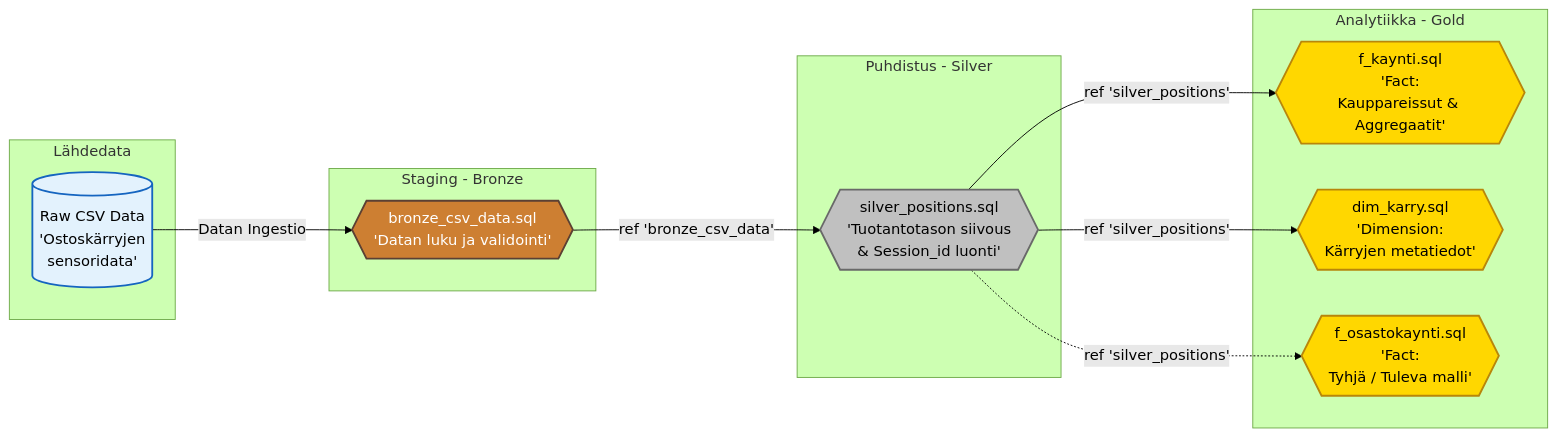
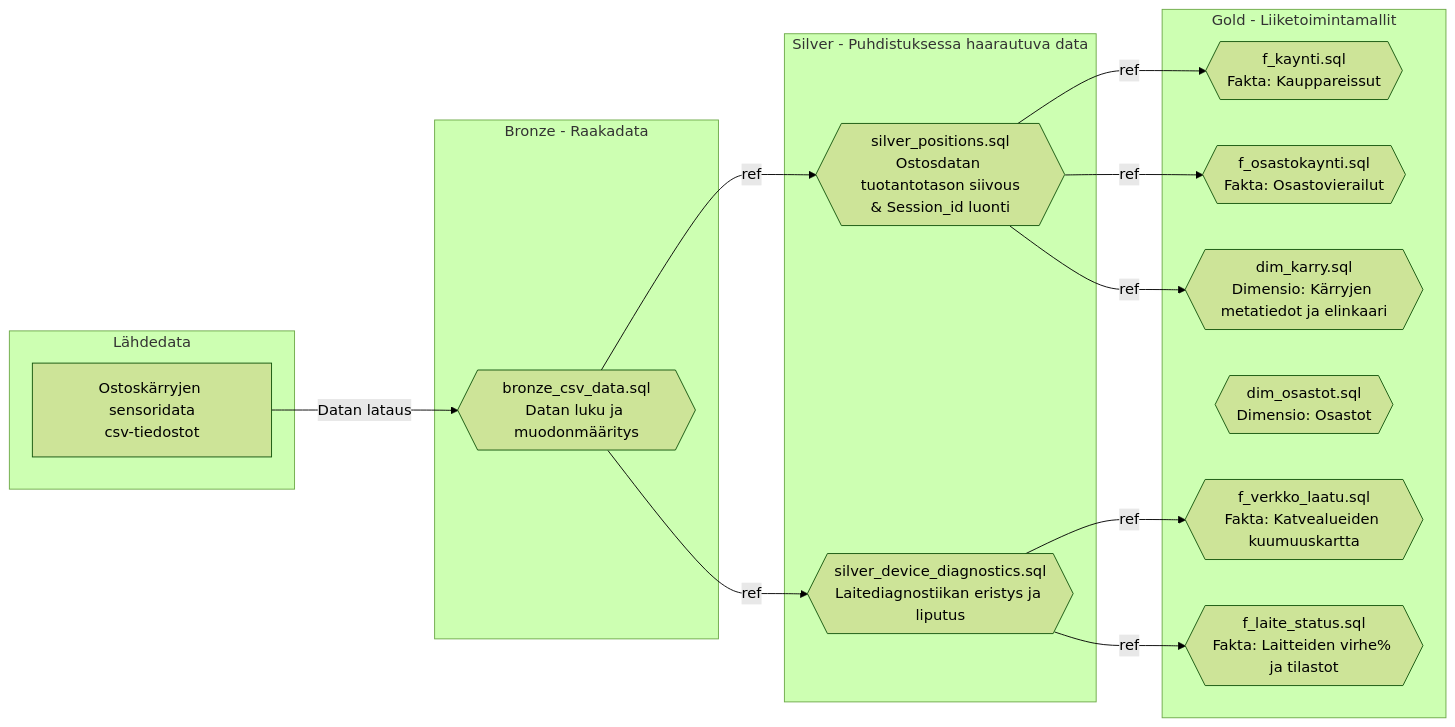
One commit to mitro54/uwb-shopping-cart-analytics-pipeline changed the diagram in docs/dbt_lineage_kaavio.md. Above: the diagram before and after it, drawn with Mermaid (forest theme). The commit also changed other lines of this file and 3 other files, not shown here.

````diff
--- a/docs/dbt_lineage_kaavio.md
+++ b/docs/dbt_lineage_kaavio.md
@@ -5,42 +5,42 @@
 ```mermaid
 graph LR
-    %% Data Sources
-    subgraph Lähdedata
-        CSV[(Raw CSV Data\n'Ostoskärryjen \n sensoridata')]
+
+    %% Lähdedata
+    subgraph Lahteen_tuonti["Lähdedata"]
+        CSV[Ostoskärryjen sensoridata<br>csv-tiedostot]
     end
 
-    %% Bronze Layer
-    subgraph Staging - Bronze
-        bronze_csv_data{{bronze_csv_data.sql\n'Datan luku ja validointi'}}
+    %% Bronze
+    subgraph Bronze["Bronze - Raakadata"]
+        bronze_csv_data{{bronze_csv_data.sql<br>Datan luku ja muodonmääritys}}
     end
 
-    %% Silver Layer
-    subgraph Puhdistus - Silver
-        silver_positions{{silver_positions.sql\n'Tuotantotason siivous \n& Session_id luonti'}}
+    %% Silver
+    subgraph Silver["Silver - Puhdistuksessa haarautuva data"]
+        silver_positions{{silver_positions.sql<br>Ostosdatan tuotantotason siivous<br/>& Session_id luonti}}
+        silver_device_diagnostics{{silver_device_diagnostics.sql<br>Laitediagnostiikan eristys ja liputus}}
     end
 
-    %% Gold Layer
-    subgraph Analytiikka - Gold
-        f_kaynti{{f_kaynti.sql\n'Fact:\nKauppareissut & Aggregaatit'}}
-        dim_karry{{dim_karry.sql\n'Dimension:\nKärryjen metatiedot'}}
-        f_osastokaynti{{f_osastokaynti.sql\n'Fact:\nTyhjä / Tuleva malli'}}
+    %% Gold
+    subgraph Gold["Gold - Liiketoimintamallit"]
+        f_kaynti{{f_kaynti.sql<br>Fakta: Kauppareissut}}
+        f_osastokaynti{{f_osastokaynti.sql<br>Fakta: Osastovierailut}}
+        dim_karry{{dim_karry.sql<br>Dimensio: Kärryjen metatiedot ja elinkaari}}
+        dim_osastot{{dim_osastot.sql<br>Dimensio: Osastot}}
+        f_verkko_laatu{{f_verkko_laatu.sql<br>Fakta: Katvealueiden kuumuuskartta}}
+        f_laite_status{{f_laite_status.sql<br>Fakta: Laitteiden virhe% ja tilastot}}
     end
 
     %% Riippuvuudet (dbt ref)
-    CSV -->|Datan Ingestio| bronze_csv_data
-    bronze_csv_data -->|ref 'bronze_csv_data'| silver_positions
-    silver_positions -->|ref 'silver_positions'| f_kaynti
-    silver_positions -->|ref 'silver_positions'| dim_karry
-    silver_positions -.->|ref 'silver_positions'| f_osastokaynti
-
-    %% Tyylittelyt Medallion -teemalla
-    classDef source fill:#e3f2fd,stroke:#1565c0,stroke-width:2px,color:#000
-    classDef bronze fill:#cd7f32,stroke:#5c4033,stroke-width:2px,color:#fff
-    classDef silver fill:#c0c0c0,stroke:#696969,stroke-width:2px,color:#000
-    classDef gold fill:#ffd700,stroke:#b8860b,stroke-width:2px,color:#000
-
-    class CSV source
-    class bronze_csv_data bronze
-    class silver_positions silver
-    class f_kaynti,dim_karry,f_osastokaynti gold
+    CSV -->|Datan lataus| bronze_csv_data
+    
+    bronze_csv_data -->|ref| silver_positions
+    bronze_csv_data -->|ref| silver_device_diagnostics
+    
+    silver_positions -->|ref| f_kaynti
+    silver_positions -->|ref| dim_karry
+    silver_positions -->|ref| f_osastokaynti
+    
+    silver_device_diagnostics -->|ref| f_verkko_laatu
+    silver_device_diagnostics -->|ref| f_laite_status
 ```
````
